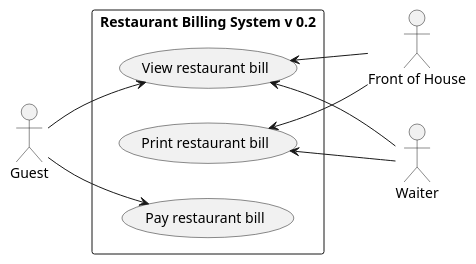
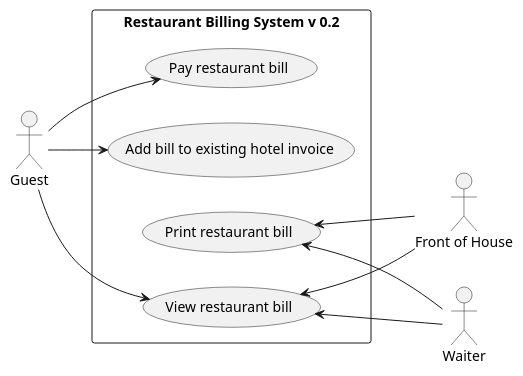
Before and after one commit to mrjink/molveno: the diagram in src/main/docs/uml/use-case/restaurant/billing.puml, drawn with PlantUML. The commit also changed 4 other files, not shown here.

```diff
--- a/src/main/docs/uml/use-case/restaurant/billing.puml
+++ b/src/main/docs/uml/use-case/restaurant/billing.puml
@@ -1,24 +1,26 @@
 @startuml
 
 left to right direction
 
 actor "Front of House" as FoH
 actor Guest
 actor Waiter
 
 rectangle "Restaurant Billing System v 0.2" {
     (View restaurant bill) as (TableBillView)
     (Pay restaurant bill) as (TableBillPay)
     (Print restaurant bill) as (TableBillPrint)
+    (Add bill to existing hotel invoice) as (TableBillAdd)
 
     Guest --> (TableBillView)
     Guest --> (TableBillPay)
+    Guest --> (TableBillAdd)
 
     (TableBillView) <-- FoH
     (TableBillPrint) <-- FoH
 
     (TableBillView) <-- Waiter
     (TableBillPrint) <-- Waiter
 }
 
 @enduml
```
